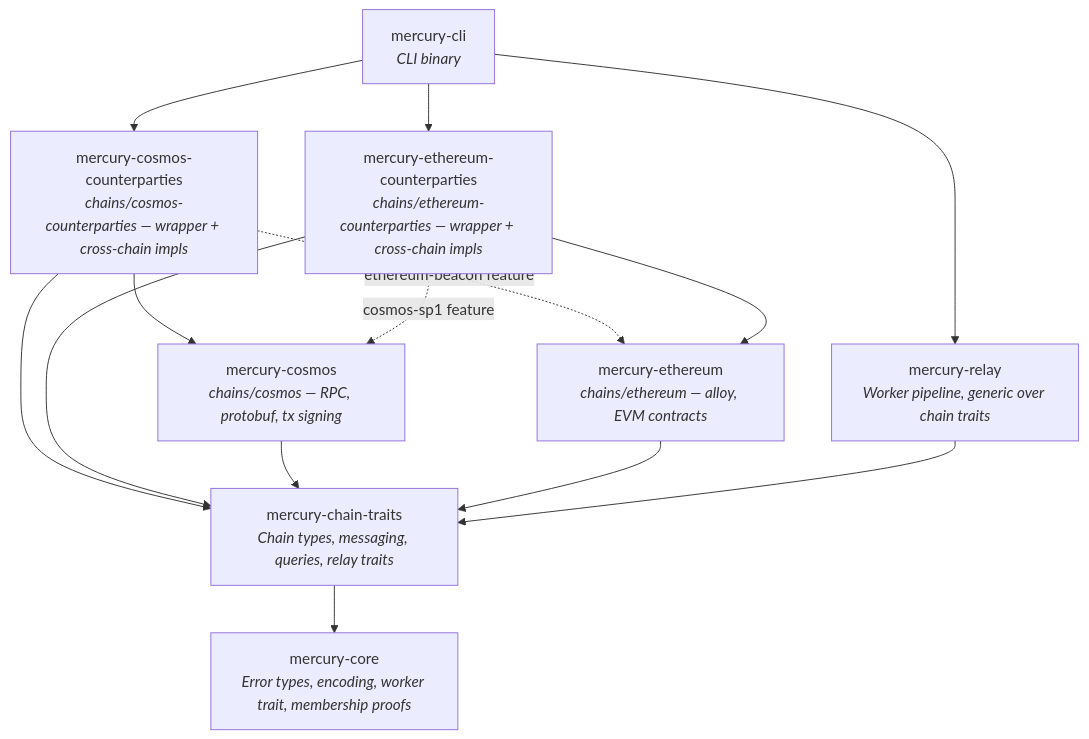
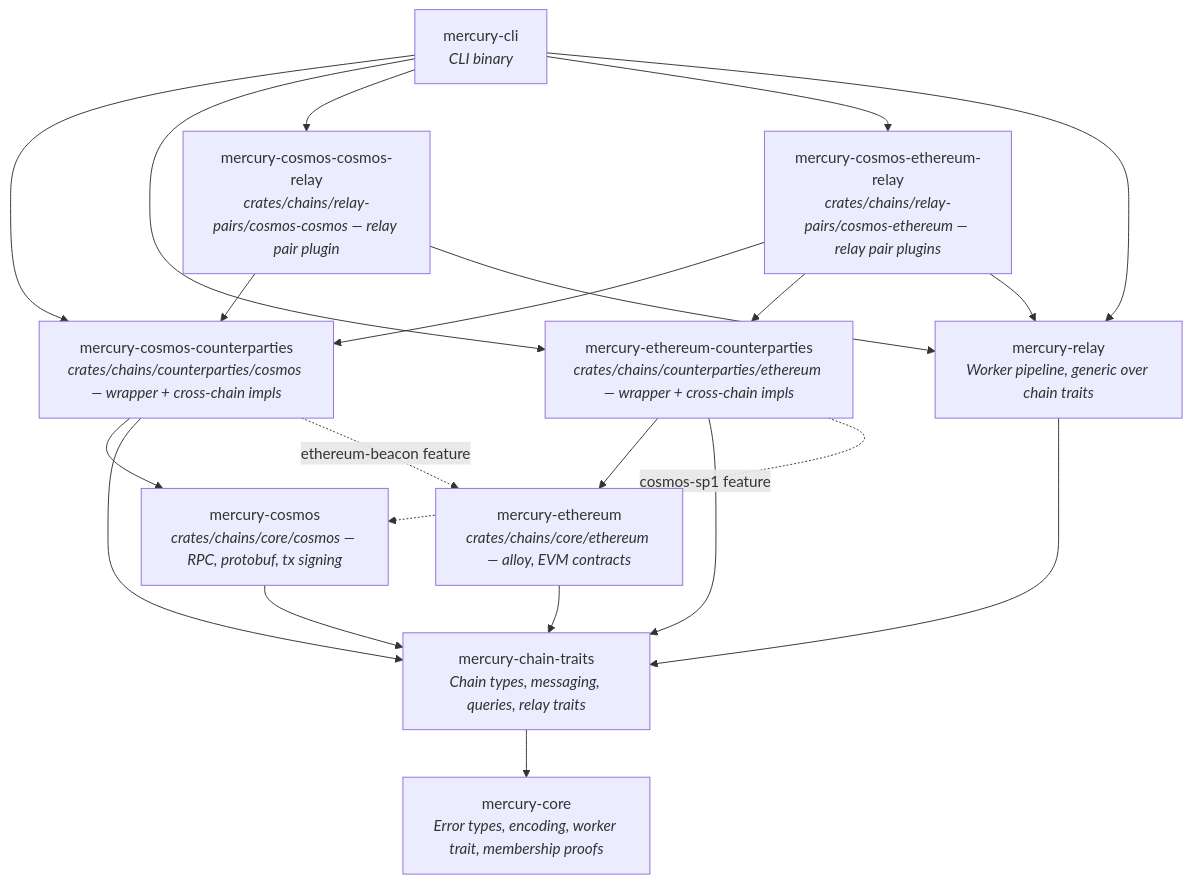
The first of 2 diagrams in docs/architecture.md (vaporif/mercury), drawn with Mermaid before and after one commit. The commit also changed other lines of this file and 59 other files, not shown here.

````diff
--- a/docs/architecture.md
+++ b/docs/architecture.md
@@ -236,25 +238,34 @@
 ```mermaid
 graph TD
     CLI[mercury-cli<br/><i>CLI binary</i>]
-    COSMOS[mercury-cosmos<br/><i>chains/cosmos — RPC, protobuf, tx signing</i>]
-    ETH[mercury-ethereum<br/><i>chains/ethereum — alloy, EVM contracts</i>]
-    COSMOS_BR[mercury-cosmos-counterparties<br/><i>chains/cosmos-counterparties — wrapper + cross-chain impls</i>]
-    ETH_BR[mercury-ethereum-counterparties<br/><i>chains/ethereum-counterparties — wrapper + cross-chain impls</i>]
+    COSMOS[mercury-cosmos<br/><i>crates/chains/core/cosmos — RPC, protobuf, tx signing</i>]
+    ETH[mercury-ethereum<br/><i>crates/chains/core/ethereum — alloy, EVM contracts</i>]
+    COSMOS_BR[mercury-cosmos-counterparties<br/><i>crates/chains/counterparties/cosmos — wrapper + cross-chain impls</i>]
+    ETH_BR[mercury-ethereum-counterparties<br/><i>crates/chains/counterparties/ethereum — wrapper + cross-chain impls</i>]
+    CCR[mercury-cosmos-cosmos-relay<br/><i>crates/chains/relay-pairs/cosmos-cosmos — relay pair plugin</i>]
+    CER[mercury-cosmos-ethereum-relay<br/><i>crates/chains/relay-pairs/cosmos-ethereum — relay pair plugins</i>]
     RELAY[mercury-relay<br/><i>Worker pipeline, generic over chain traits</i>]
     TRAITS[mercury-chain-traits<br/><i>Chain types, messaging, queries, relay traits</i>]
     CORE[mercury-core<br/><i>Error types, encoding, worker trait, membership proofs</i>]
 
     CLI --> COSMOS_BR
     CLI --> ETH_BR
+    CLI --> CCR
+    CLI --> CER
     CLI --> RELAY
+    CCR --> COSMOS_BR
+    CCR --> RELAY
+    CER --> COSMOS_BR
+    CER --> ETH_BR
+    CER --> RELAY
     COSMOS_BR --> COSMOS
     COSMOS_BR --> TRAITS
     COSMOS_BR -. "ethereum-beacon feature" .-> ETH
     ETH_BR --> ETH
     ETH_BR --> TRAITS
     ETH_BR -. "cosmos-sp1 feature" .-> COSMOS
     COSMOS --> TRAITS
     ETH --> TRAITS
     RELAY --> TRAITS
     TRAITS --> CORE
 ```
````
